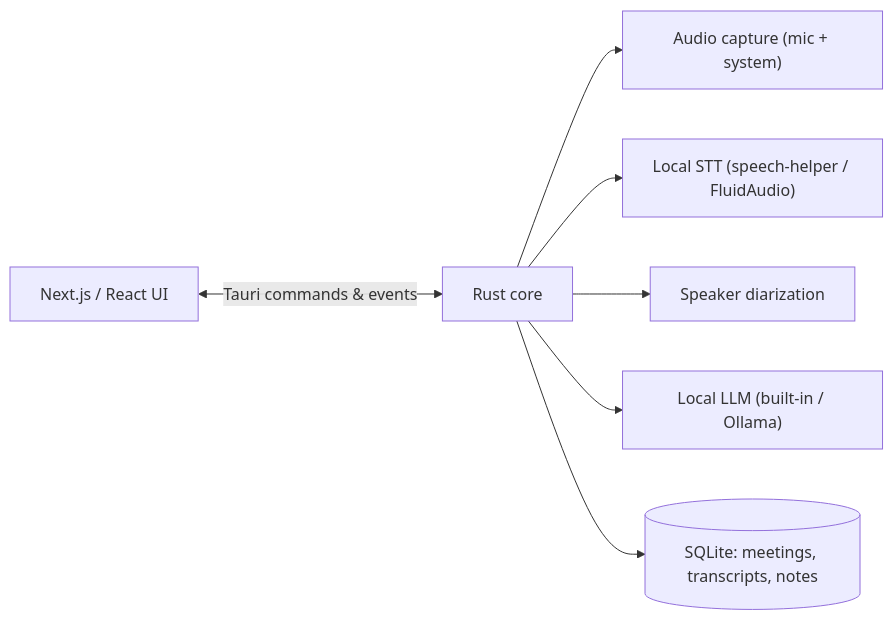
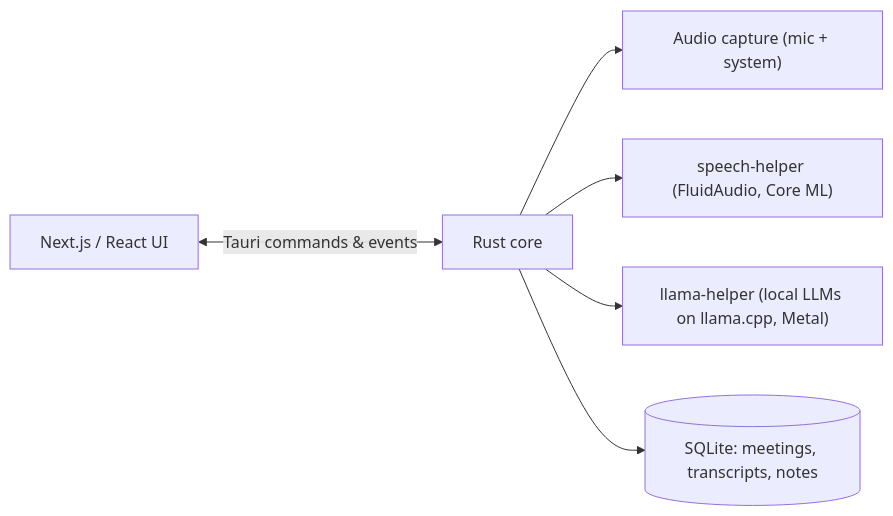
Before and after one commit to praveenVnktsh/minutes: the diagram in README.md, drawn with Mermaid. The commit also changed other lines of this file and 2455 other files, not shown here.

````diff
--- a/README.md
+++ b/README.md
@@ -115,9 +138,8 @@
 ```mermaid
 flowchart LR
   UI["Next.js / React UI"] <-->|Tauri commands & events| Core["Rust core"]
   Core --> Audio["Audio capture (mic + system)"]
-  Core --> STT["Local STT (speech-helper / FluidAudio)"]
-  Core --> Diar["Speaker diarization"]
-  Core --> LLM["Local LLM (built-in / Ollama)"]
+  Core --> STT["speech-helper (FluidAudio, Core ML)"]
+  Core --> LLM["llama-helper (local LLMs on llama.cpp, Metal)"]
   Core --> DB[("SQLite: meetings, transcripts, notes")]
 ```
````
